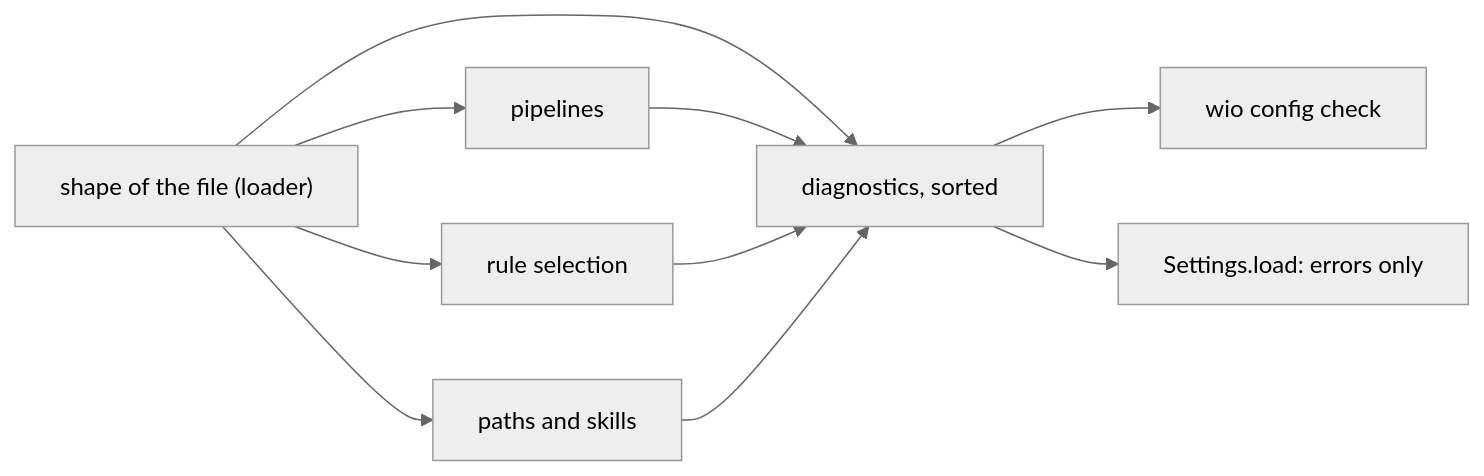
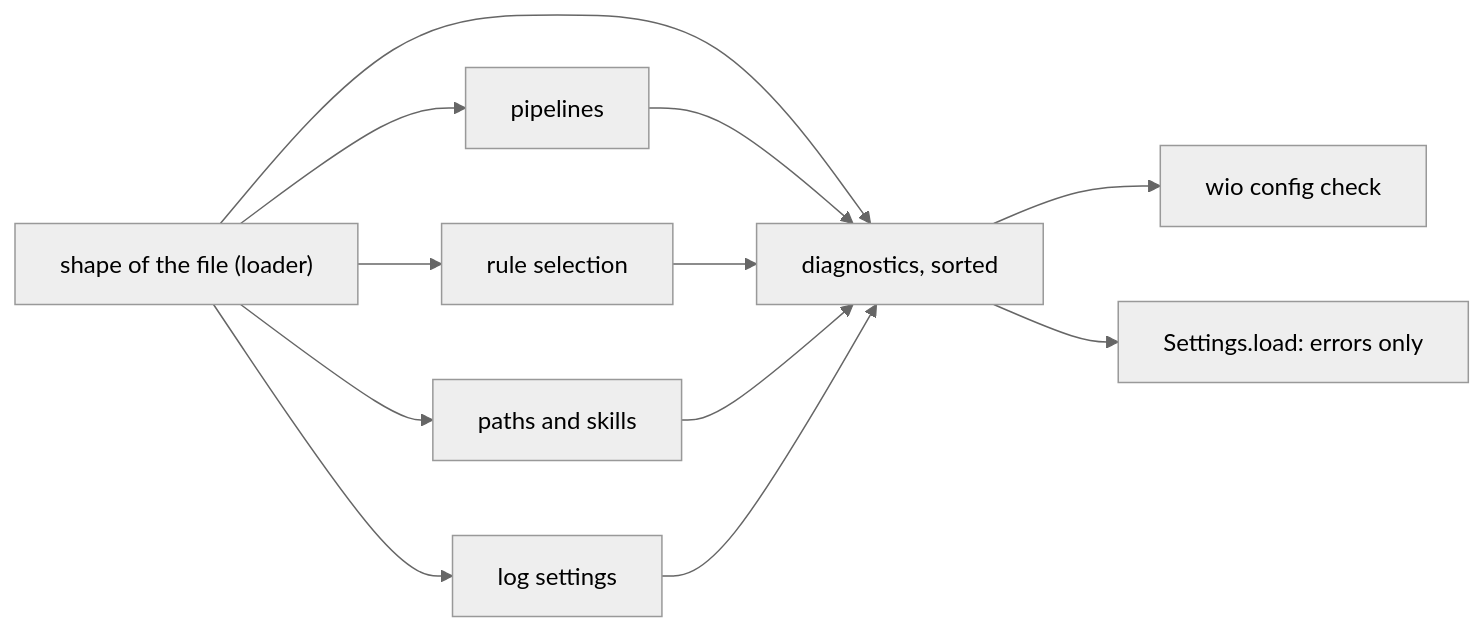
Before and after one commit to msitarz/wio: the third of 3 diagrams in src/wio/config/README.md, drawn with Mermaid (neutral theme). The commit also changed other lines of this file and 9 other files, not shown here.

First line of the commit message:
feat(config): declare log settings (#150)

````diff
--- a/src/wio/config/README.md
+++ b/src/wio/config/README.md
@@ -100,12 +100,14 @@
 ```mermaid
 flowchart LR
     shape["shape of the file (loader)"] --> pipelines["pipelines"]
     shape --> rules["rule selection"]
     shape --> paths["paths and skills"]
+    shape --> log["log settings"]
     shape --> out["diagnostics, sorted"]
     pipelines --> out
     rules --> out
     paths --> out
+    log --> out
     out --> check["wio config check"]
     out --> load["Settings.load: errors only"]
 ```
````
